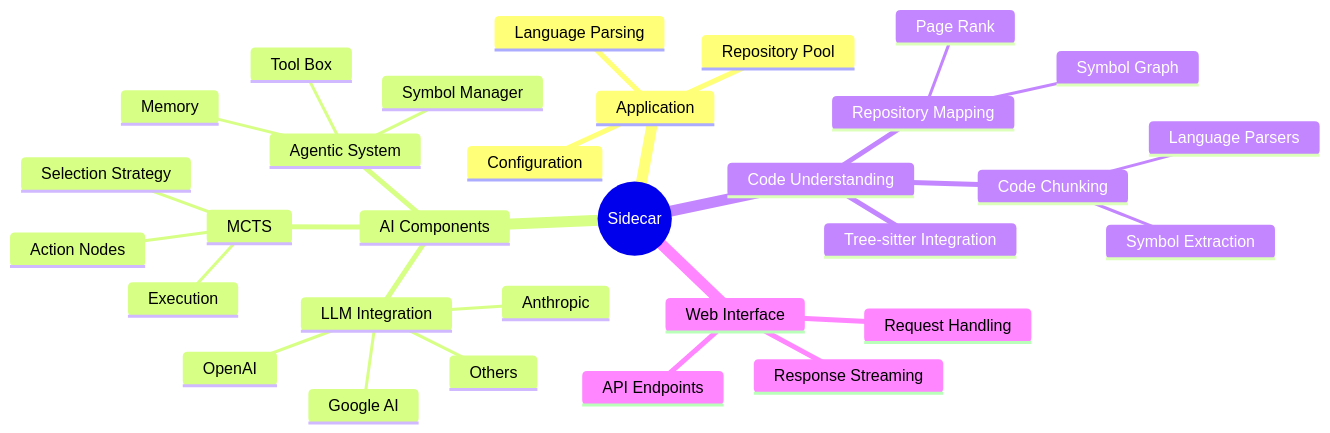
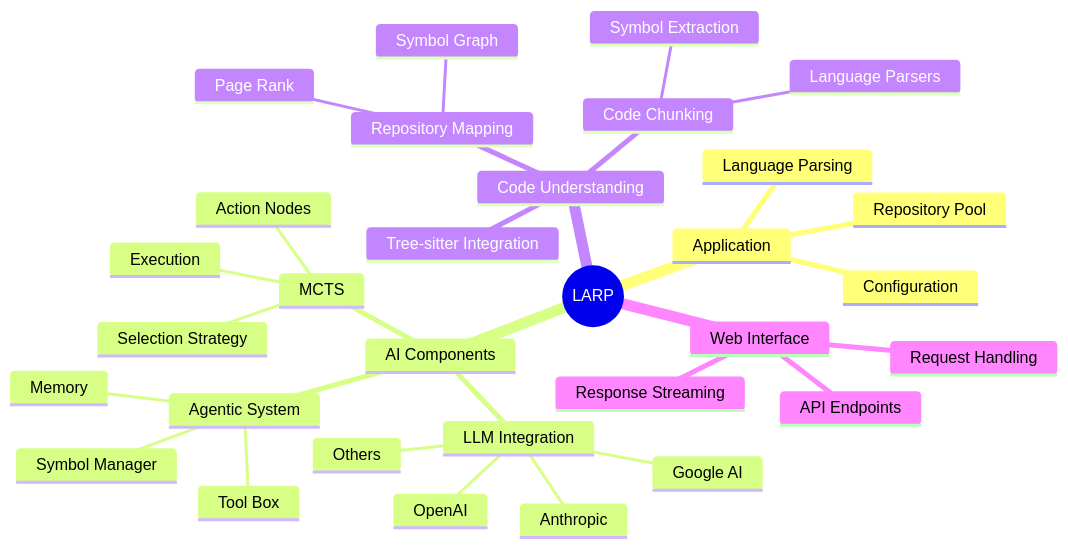
Diagram 13 of 14 in KNOWLEDGE_GRAPH.md (openSVM/larp), drawn with Mermaid before and after one commit. The commit also changed other lines of this file and 379 other files, not shown here.

````diff
--- a/KNOWLEDGE_GRAPH.md
+++ b/KNOWLEDGE_GRAPH.md
@@ -403,34 +403,34 @@
 ```mermaid
 mindmap
-  root((Sidecar))
+  root((LARP))
     Application
       Configuration
       Repository Pool
       Language Parsing
     AI Components
       LLM Integration
         OpenAI
         Anthropic
         Google AI
         Others
       Agentic System
         Tool Box
         Symbol Manager
         Memory
       MCTS
         Action Nodes
         Selection Strategy
         Execution
     Code Understanding
       Repository Mapping
         Page Rank
         Symbol Graph
       Code Chunking
         Language Parsers
         Symbol Extraction
       Tree-sitter Integration
     Web Interface
       API Endpoints
       Request Handling
       Response Streaming
 ```
````
